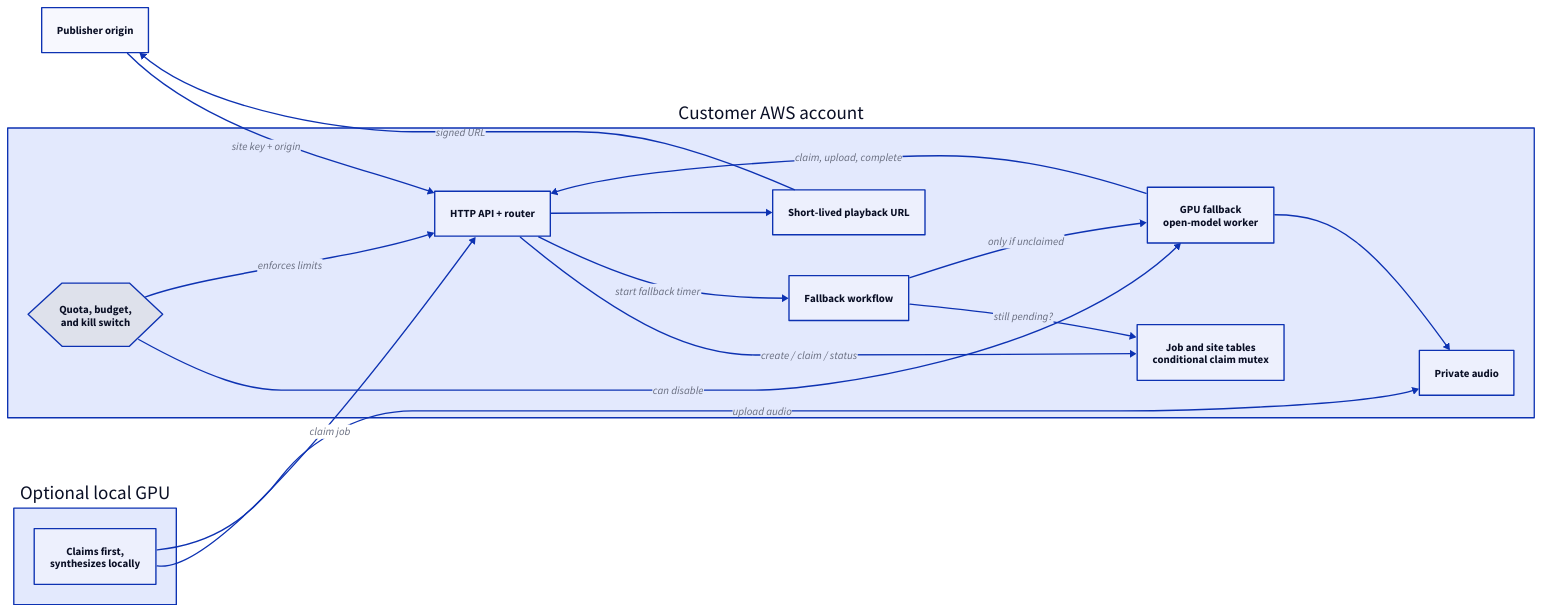
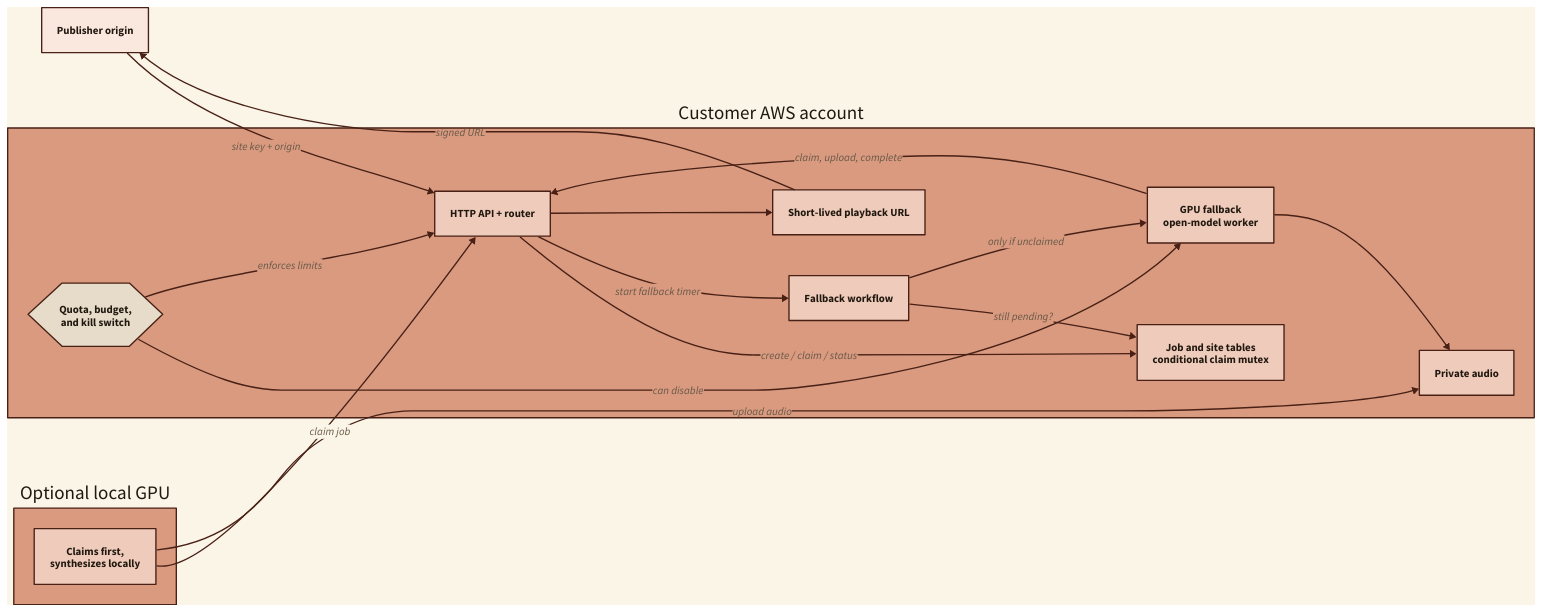
The diagram in docs/diagrams/aws-deployment.d2 (AnthusAI/Auritus), drawn with D2 before and after one commit. The commit also changed 8 other files, not shown here.

First line of the commit message:
docs: render diagrams in the newsprint palette

```diff
--- a/docs/diagrams/aws-deployment.d2
+++ b/docs/diagrams/aws-deployment.d2
@@ -1,57 +1,97 @@
 direction: right
 
 vars: {
   d2-config: {
     pad: 32
+    theme-overrides: {
+      N1: "#21180f"
+      N2: "#665846"
+      N3: "#9a8668"
+      N4: "#cdbfa8"
+      N5: "#e6dcc9"
+      N6: "#f5eedf"
+      N7: "#fbf5e8"
+      B1: "#482015"
+      B2: "#943c2e"
+      B3: "#b8614e"
+      B4: "#d99a80"
+      B5: "#efcbbb"
+      B6: "#fae8de"
+      AA2: "#6e4f2b"
+      AA4: "#b88e4c"
+      AA5: "#e5c88f"
+      AB4: "#b87925"
+      AB5: "#f2d8a4"
+    }
+    dark-theme-overrides: {
+      N1: "#f3e6cf"
+      N2: "#cfbea4"
+      N3: "#a99273"
+      N4: "#705c44"
+      N5: "#4a3928"
+      N6: "#2d231b"
+      N7: "#1a1410"
+      B1: "#f3d3c1"
+      B2: "#e19a78"
+      B3: "#bd7258"
+      B4: "#704132"
+      B5: "#482c22"
+      B6: "#301e18"
+      AA2: "#d7b57a"
+      AA4: "#926e39"
+      AA5: "#4f3920"
+      AB4: "#efb85d"
+      AB5: "#5c401f"
+    }
   }
 }
 
 site: {
   label: "Publisher origin"
 }
 
 aws: {
   label: "Customer AWS account"
 
   api: {
     label: "HTTP API + router"
   }
   jobs: {
     label: "Job and site tables\nconditional claim mutex"
   }
   workflow: {
     label: "Fallback workflow"
   }
   batch: {
     label: "GPU fallback\nopen-model worker"
   }
   audio: {
     label: "Private audio"
   }
   edge: {
     label: "Short-lived playback URL"
   }
   controls: {
     label: "Quota, budget,\nand kill switch"
     shape: hexagon
   }
 }
 
 local: {
   label: "Optional local GPU"
   worker: "Claims first,\nsynthesizes locally"
 }
 
 site -> aws.api: "site key + origin"
 aws.api -> aws.jobs: "create / claim / status"
 aws.api -> aws.workflow: "start fallback timer"
 local.worker -> aws.api: "claim job"
 local.worker -> aws.audio: "upload audio"
 aws.workflow -> aws.jobs: "still pending?"
 aws.workflow -> aws.batch: "only if unclaimed"
 aws.batch -> aws.api: "claim, upload, complete"
 aws.batch -> aws.audio
 aws.api -> aws.edge
 aws.edge -> site: "signed URL"
 aws.controls -> aws.batch: "can disable"
 aws.controls -> aws.api: "enforces limits"
```
